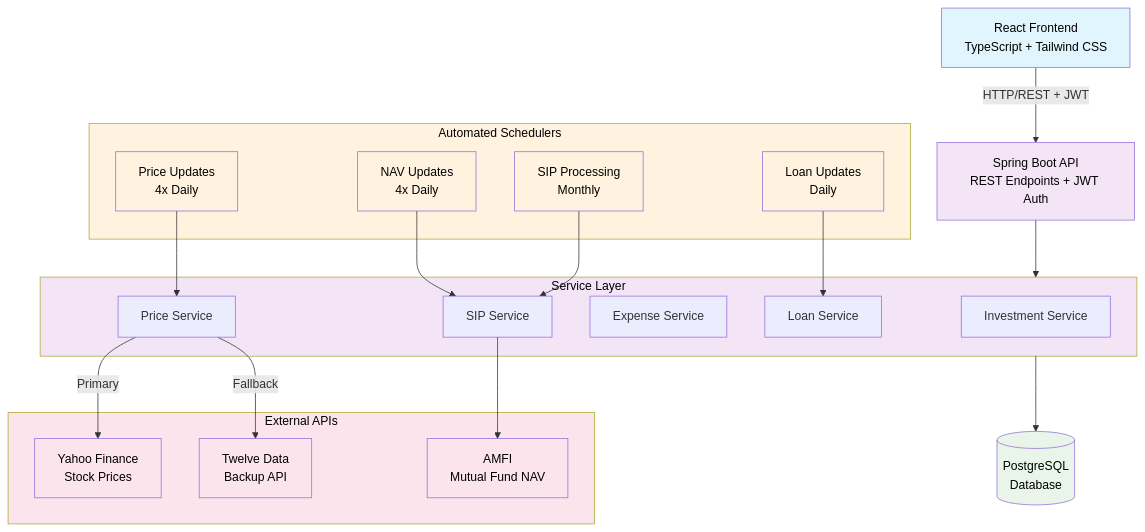
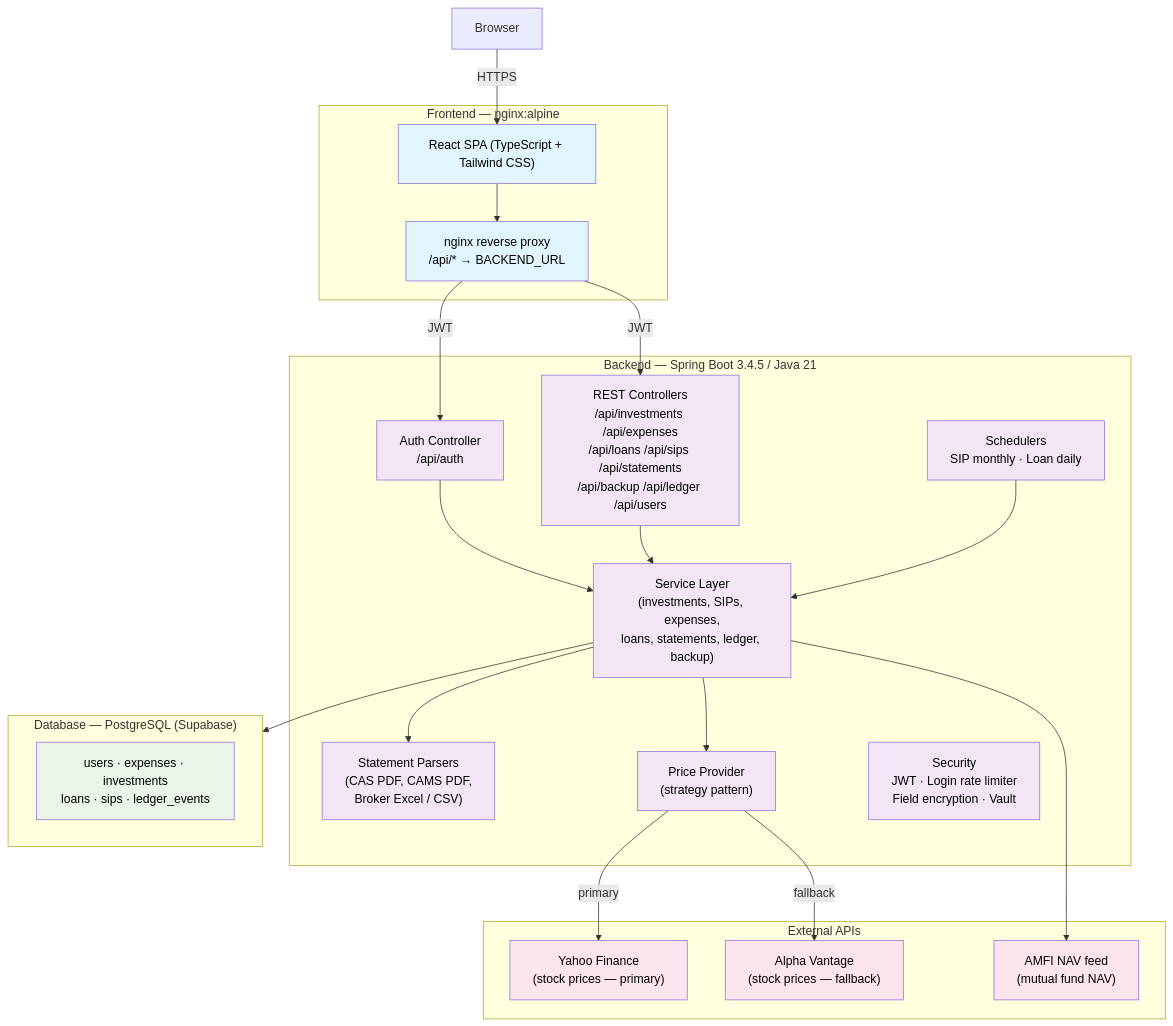
Before and after one commit to PrajwalAmte/Finora-FinanceTracker: the diagram in README.md, drawn with Mermaid. The commit also changed other lines of this file, not shown here.

Commit message:
docs: rewrite README to reflect current architecture and deployment

````diff
--- a/README.md
+++ b/README.md
@@ -95,64 +76,53 @@
 ```mermaid
 graph TB
-    %% Frontend Layer
-    UI[React Frontend<br/>TypeScript + Tailwind CSS]
-    
-    %% API Gateway
-    API[Spring Boot API<br/>REST Endpoints + JWT Auth]
-    
-    %% Service Layer
-    subgraph Services["Service Layer"]
-        IS[Investment Service]
-        SS[SIP Service]  
-        ES[Expense Service]
-        LS[Loan Service]
-        PS[Price Service]
+    Browser["Browser"]
+
+    subgraph Frontend["Frontend — nginx:alpine"]
+        SPA["React SPA (TypeScript + Tailwind CSS)"]
+        Proxy["nginx reverse proxy\n/api/* → BACKEND_URL"]
     end
-    
-    %% Data Layer
-    DB[(PostgreSQL<br/>Database)]
-    
-    %% Scheduler Layer
-    subgraph Schedulers["Automated Schedulers"]
-        PU[Price Updates<br/>4x Daily]
-        NU[NAV Updates<br/>4x Daily]
-        SI[SIP Processing<br/>Monthly]
-        LU[Loan Updates<br/>Daily]
+
+    subgraph Backend["Backend — Spring Boot 3.4.5 / Java 21"]
+        Auth["Auth Controller\n/api/auth"]
+        API["REST Controllers\n/api/investments /api/expenses\n/api/loans /api/sips /api/statements\n/api/backup /api/ledger /api/users"]
+        Services["Service Layer\n(investments, SIPs, expenses,\nloans, statements, ledger, backup)"]
+        Parsers["Statement Parsers\n(CAS PDF, CAMS PDF,\nBroker Excel / CSV)"]
+        Prices["Price Provider\n(strategy pattern)"]
+        Schedulers["Schedulers\nSIP monthly · Loan daily"]
+        Security["Security\nJWT · Login rate limiter\nField encryption · Vault"]
     end
-    
-    %% External APIs
+
+    subgraph DB["Database — PostgreSQL (Supabase)"]
+        Tables["users · expenses · investments\nloans · sips · ledger_events"]
+    end
+
     subgraph External["External APIs"]
-        YF[Yahoo Finance<br/>Stock Prices]
-        AM[AMFI<br/>Mutual Fund NAV]
-        TD[Twelve Data<br/>Backup API]
+        YF["Yahoo Finance\n(stock prices — primary)"]
+        AV["Alpha Vantage\n(stock prices — fallback)"]
+        AMFI["AMFI NAV feed\n(mutual fund NAV)"]
     end
-    
-    %% Connections
-    UI -->|HTTP/REST + JWT| API
+
+    Browser -->|HTTPS| SPA
+    SPA --> Proxy
+    Proxy -->|JWT| Auth
+    Proxy -->|JWT| API
+    Auth --> Services
     API --> Services
+    Services --> Parsers
+    Services --> Prices
     Services --> DB
-    
-    %% Scheduler connections
-    PU --> PS
-    NU --> SS
-    SI --> SS
-    LU --> LS
-    
-    %% External API connections
-    PS -->|Primary| YF
-    PS -->|Fallback| TD
-    SS --> AM
-    
-    %% Styling
-    classDef frontend fill:#e1f5fe,color:#000000
-    classDef backend fill:#f3e5f5,color:#000000
-    classDef database fill:#e8f5e8,color:#000000
-    classDef scheduler fill:#fff3e0,color:#000000
-    classDef external fill:#fce4ec,color:#000000
-    
-    class UI frontend
-    class API,Services backend
-    class DB database
-    class Schedulers,PU,NU,SI,LU scheduler
-    class External,YF,AM,TD external
+    Schedulers --> Services
+    Prices -->|primary| YF
+    Prices -->|fallback| AV
+    Services --> AMFI
+
+    classDef fe fill:#e1f5fe,color:#000
+    classDef be fill:#f3e5f5,color:#000
+    classDef db fill:#e8f5e8,color:#000
+    classDef ext fill:#fce4ec,color:#000
+
+    class SPA,Proxy fe
+    class Auth,API,Services,Parsers,Prices,Schedulers,Security be
+    class Tables db
+    class YF,AV,AMFI ext
 ```
````
